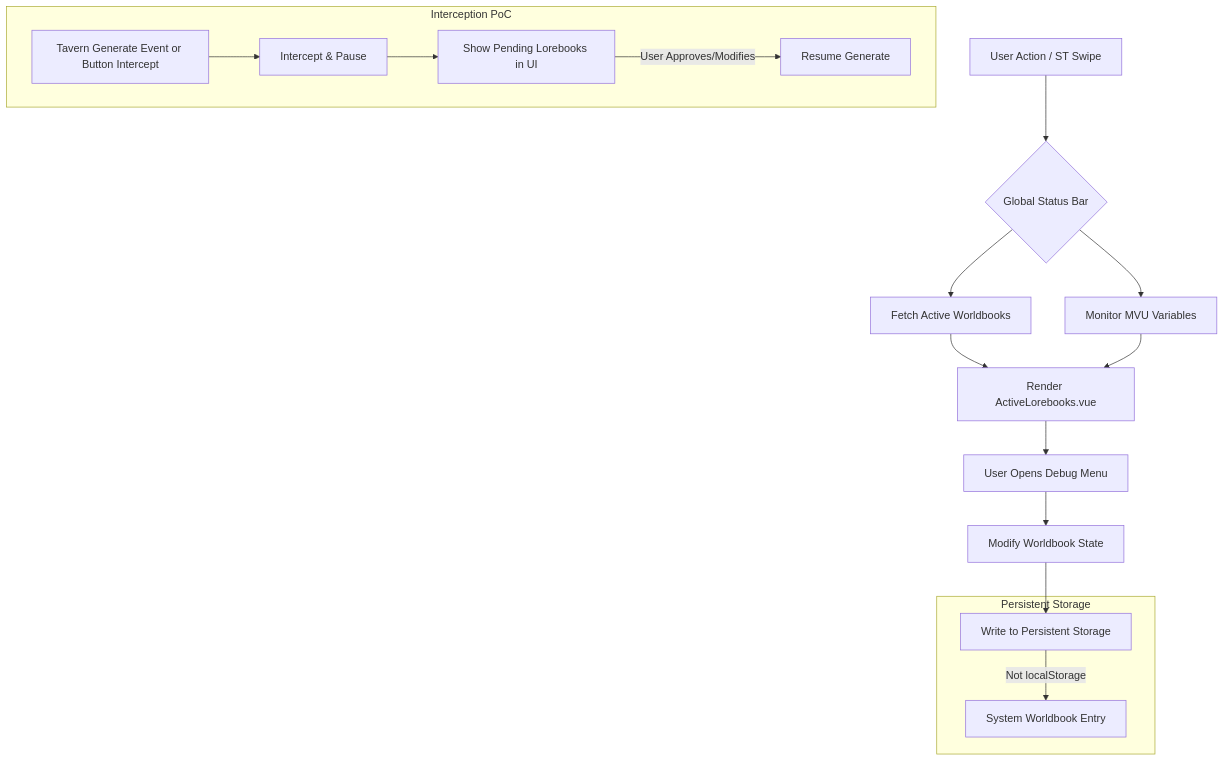
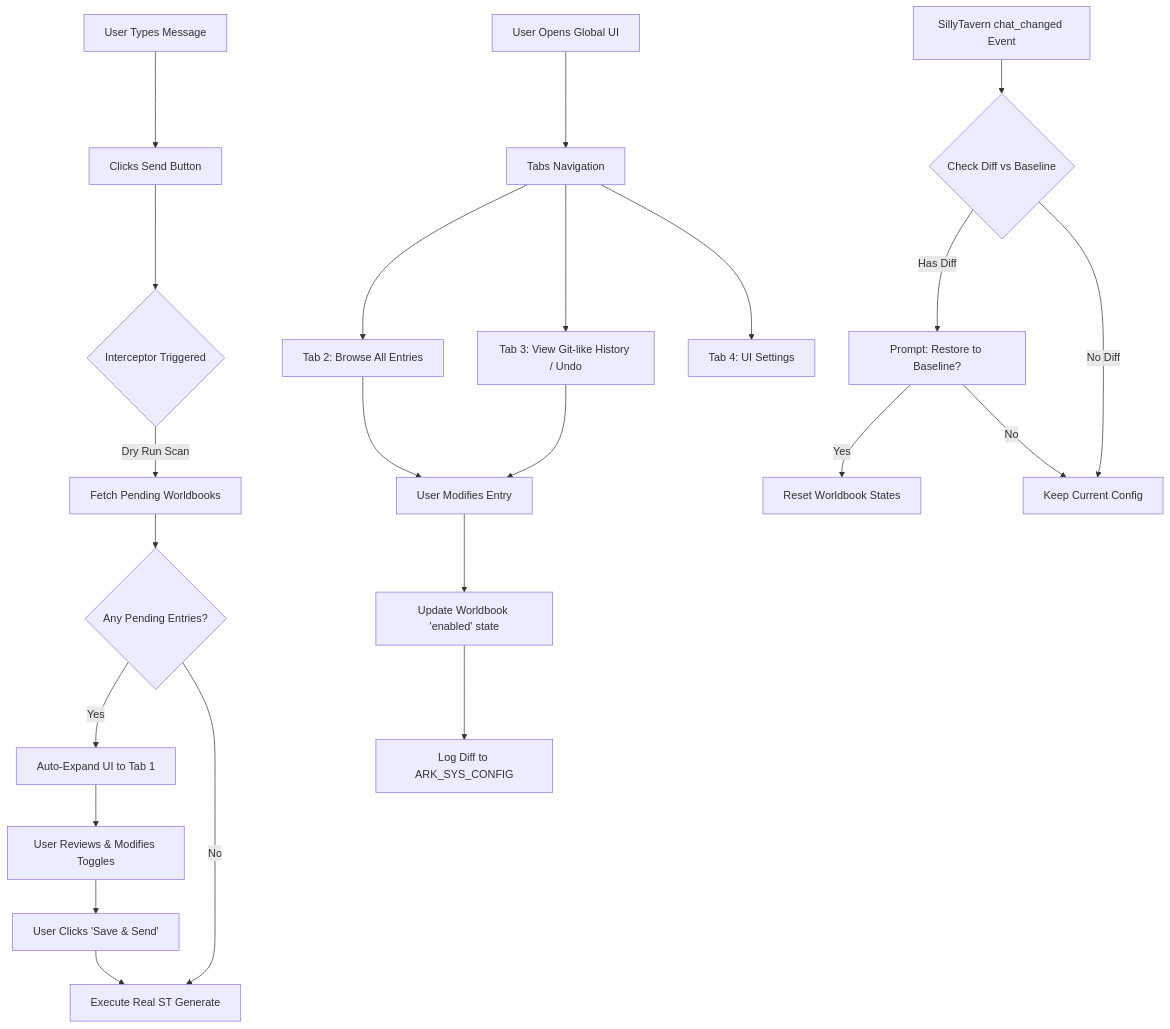
The diagram in .kilocode/development_logs/feat_phase_1_addition_plan.md (TonyDG233/ST_Ark_StatusBar), drawn with Mermaid before and after one commit. The commit also changed other lines of this file and 1 other file, not shown here.

Commit message:
docs: refine phase 1 architecture and UI design based on feedback

````diff
--- a/.kilocode/development_logs/feat_phase_1_addition_plan.md
+++ b/.kilocode/development_logs/feat_phase_1_addition_plan.md
@@ -48,23 +68,34 @@
 ```mermaid
 graph TD
-    A[User Action / ST Swipe] --> B{Global Status Bar}
-    B --> C[Fetch Active Worldbooks]
-    B --> D[Monitor MVU Variables]
+    %% 用户行为与预检流程
+    A[User Types Message] --> B[Clicks Send Button]
+    B --> C{Interceptor Triggered}
     
-    C --> E[Render ActiveLorebooks.vue]
-    D --> E
+    C -->|Dry Run Scan| D[Fetch Pending Worldbooks]
+    D --> E{Any Pending Entries?}
     
-    E --> F[User Opens Debug Menu]
-    F --> G[Modify Worldbook State]
-    G --> H[Write to Persistent Storage]
+    E -->|Yes| F[Auto-Expand UI to Tab 1]
+    F --> G[User Reviews & Modifies Toggles]
+    G --> H[User Clicks 'Save & Send']
+    H --> I[Execute Real ST Generate]
     
-    subgraph Persistent Storage
-    H -->|Not localStorage| I[System Worldbook Entry]
-    end
+    E -->|No| I
     
-    subgraph Interception PoC
-    J[Tavern Generate Event or Button Intercept] --> K[Intercept & Pause]
-    K --> L[Show Pending Lorebooks in UI]
-    L -->|User Approves/Modifies| M[Resume Generate]
-    end
+    %% UI被动操作流
+    J[User Opens Global UI] --> K[Tabs Navigation]
+    K --> L[Tab 2: Browse All Entries]
+    K --> M[Tab 3: View Git-like History / Undo]
+    K --> N[Tab 4: UI Settings]
+    
+    L --> O[User Modifies Entry]
+    M --> O
+    O --> P[Update Worldbook 'enabled' state]
+    P --> Q[Log Diff to ARK_SYS_CONFIG]
+    
+    %% 生命周期与系统防护
+    R[SillyTavern chat_changed Event] --> S{Check Diff vs Baseline}
+    S -->|Has Diff| T[Prompt: Restore to Baseline?]
+    T -->|Yes| U[Reset Worldbook States]
+    T -->|No| V[Keep Current Config]
+    S -->|No Diff| V
 ```
````
